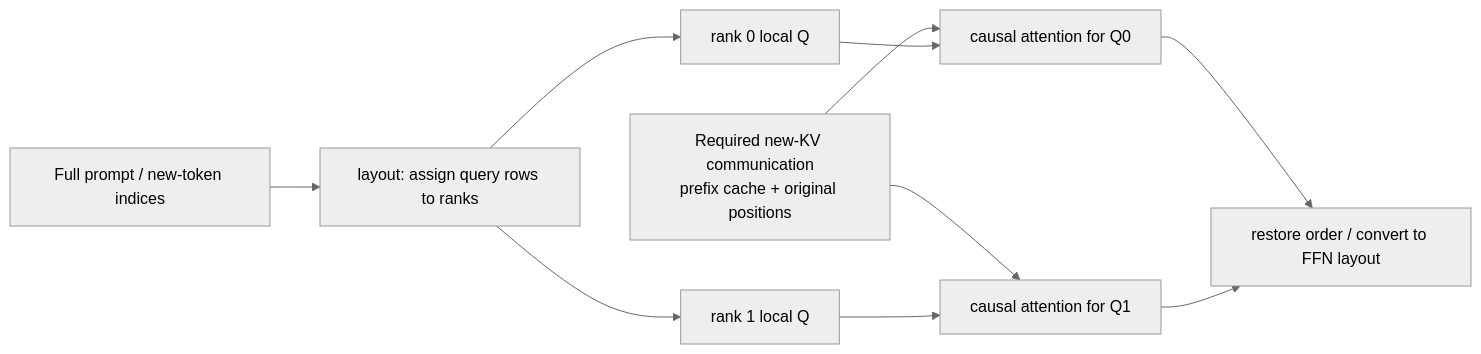
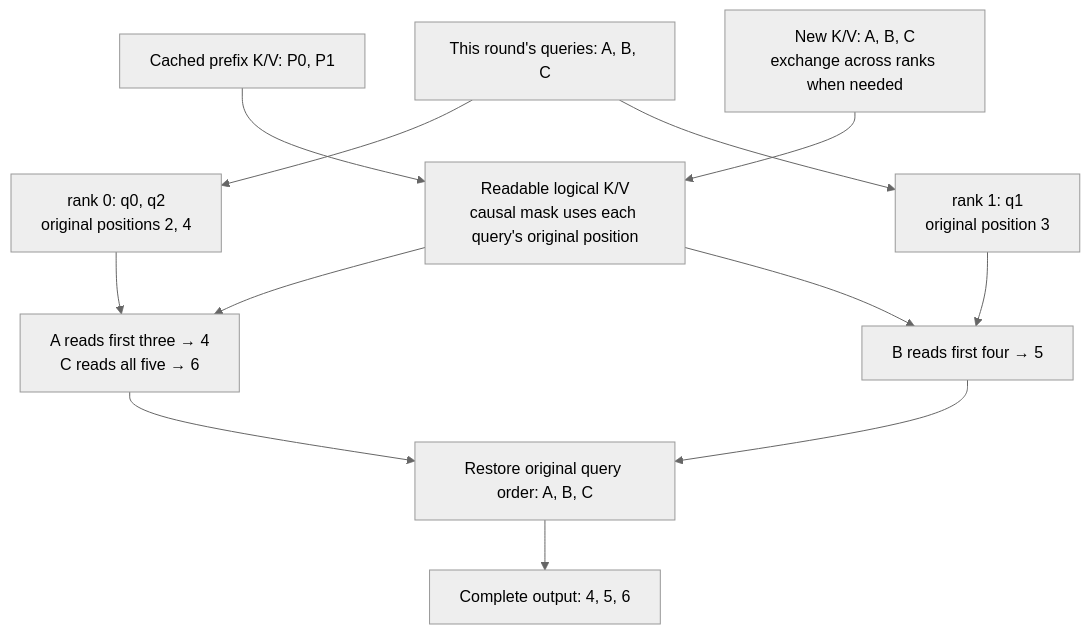
One commit to cl-vv-h/SGLang_Tutor changed the first of 2 diagrams in learning/en/ai-infra-basic/Parallel_Strategy/03-prefill-context-parallelism.md. Above: the diagram before and after it, drawn with Mermaid (neutral theme). The commit also changed other lines of this file and 5 other files, not shown here.

Commit message:
docs: explain PCP attention math with prefix and query-row examples

````diff
--- a/learning/en/ai-infra-basic/Parallel_Strategy/03-prefill-context-parallelism.md
+++ b/learning/en/ai-infra-basic/Parallel_Strategy/03-prefill-context-parallelism.md
@@ -37,12 +243,14 @@
 ```mermaid
-flowchart LR
-    TOK["Full prompt / new-token indices"] --> L["layout: assign query rows to ranks"]
-    L --> Q0["rank 0 local Q"]
-    L --> Q1["rank 1 local Q"]
-    KV["Required new-KV communication<br/>prefix cache + original positions"] --> A0["causal attention for Q0"]
-    KV --> A1["causal attention for Q1"]
-    Q0 --> A0
-    Q1 --> A1
-    A0 --> R["restore order / convert to FFN layout"]
-    A1 --> R
+flowchart TB
+    Q["This round's queries: A, B, C"] --> R0["rank 0: q0, q2<br/>original positions 2, 4"]
+    Q --> R1["rank 1: q1<br/>original position 3"]
+    CACHE["Cached prefix K/V: P0, P1"] --> KV["Readable logical K/V<br/>causal mask uses each query's original position"]
+    NEW["New K/V: A, B, C<br/>exchange across ranks when needed"] --> KV
+    KV --> A0["A reads first three → 4<br/>C reads all five → 6"]
+    KV --> A1["B reads first four → 5"]
+    R0 --> A0
+    R1 --> A1
+    A0 --> ORDER["Restore original query order: A, B, C"]
+    A1 --> ORDER
+    ORDER --> O["Complete output: 4, 5, 6"]
 ```
````
